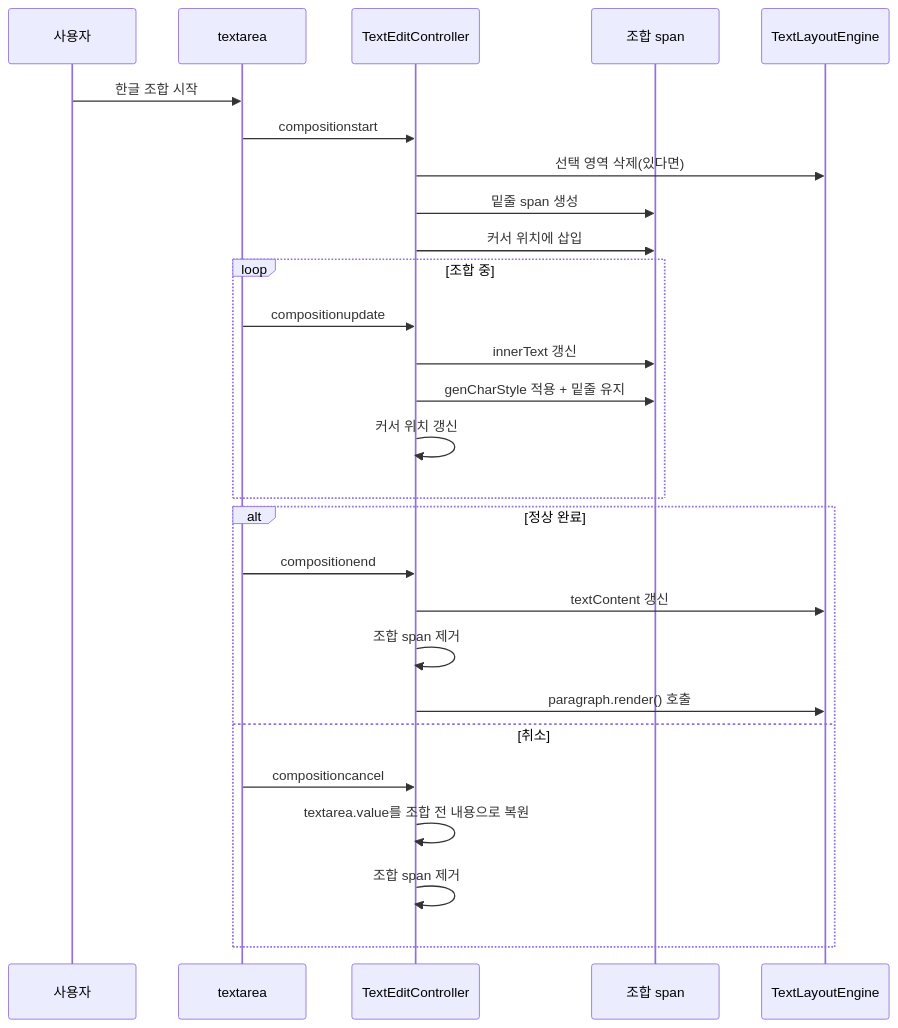
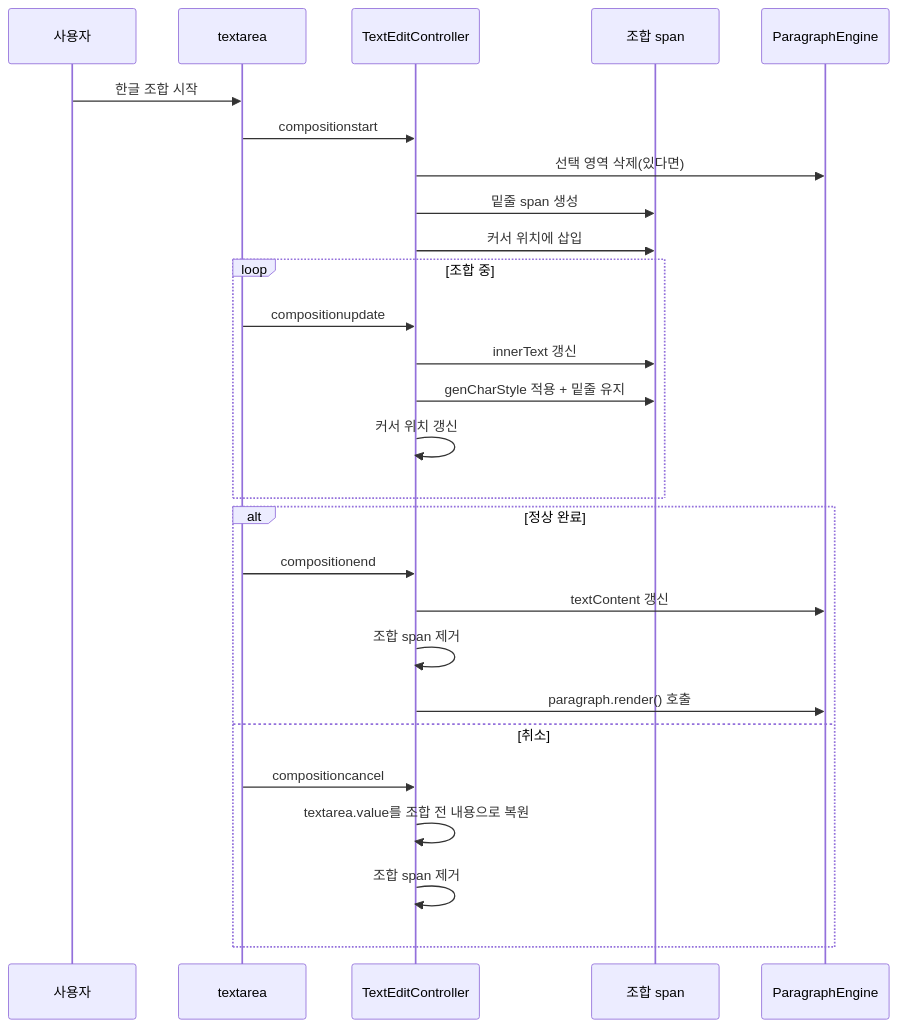
The seventh of 14 diagrams in docs/EDITING_TEXT.md (kyiimn/layout-element), drawn with Mermaid before and after one commit. The commit also changed other lines of this file and 3 other files, not shown here.

First line of the commit message:
docs: EDITING_TEXT/INSERT/PLACE_GUN/TABLE — 엔진 참조 전환 + useEngineCoordinateQueries 문서화

````diff
--- a/docs/EDITING_TEXT.md
+++ b/docs/EDITING_TEXT.md
@@ -1232,32 +1248,32 @@
 ```mermaid
 sequenceDiagram
     participant User as 사용자
     participant TA as textarea
     participant EC as TextEditController
     participant Span as 조합 span
-    participant Model as TextLayoutEngine
+    participant Model as ParagraphEngine
 
     User->>TA: 한글 조합 시작
     TA->>EC: compositionstart
     EC->>Model: 선택 영역 삭제(있다면)
     EC->>Span: 밑줄 span 생성
     EC->>Span: 커서 위치에 삽입
 
     loop 조합 중
         TA->>EC: compositionupdate
         EC->>Span: innerText 갱신
         EC->>Span: genCharStyle 적용 + 밑줄 유지
         EC->>EC: 커서 위치 갱신
     end
 
     alt 정상 완료
         TA->>EC: compositionend
         EC->>Model: textContent 갱신
         EC->>EC: 조합 span 제거
         EC->>Model: paragraph.render() 호출
     else 취소
         TA->>EC: compositioncancel
         EC->>EC: textarea.value를 조합 전 내용으로 복원
         EC->>EC: 조합 span 제거
     end
 ```
````
